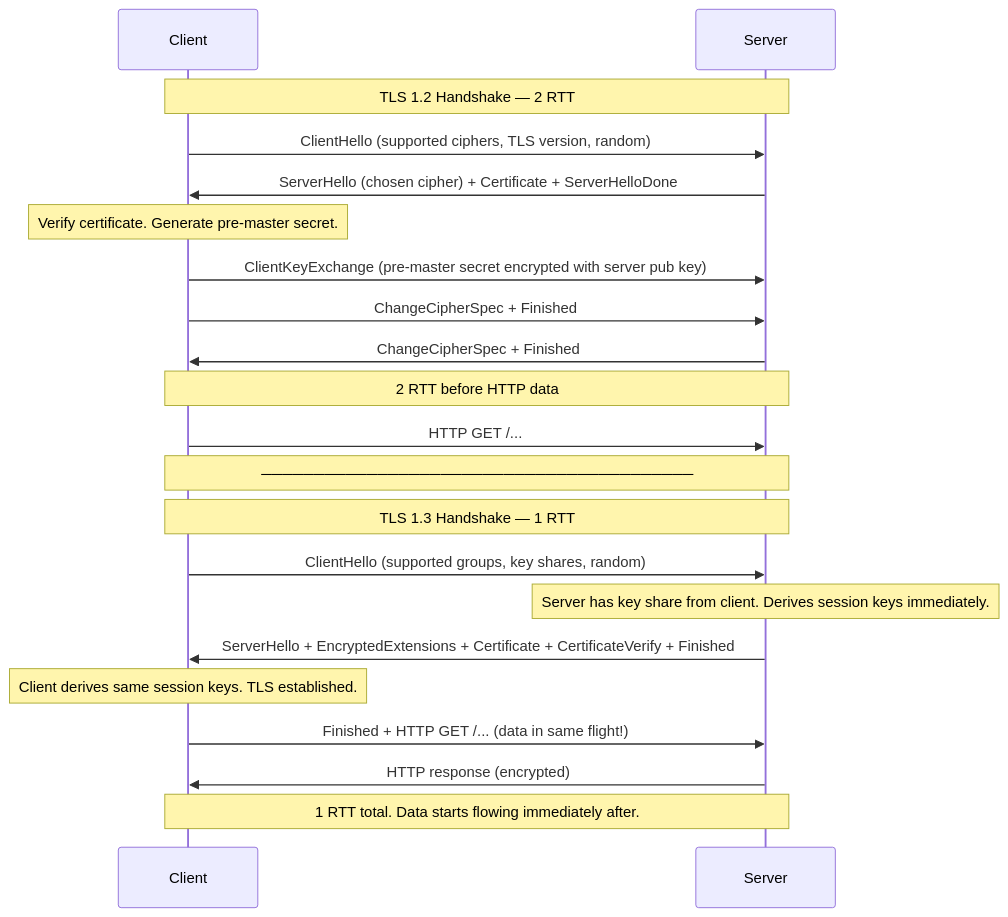
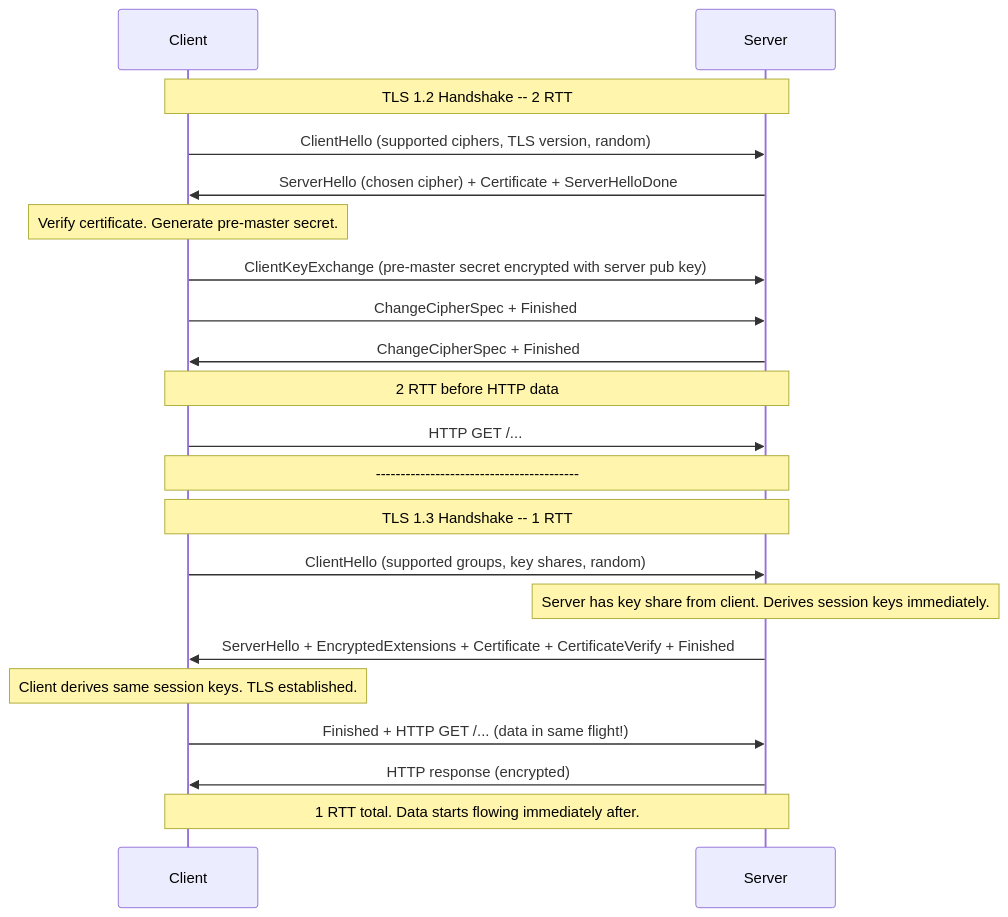
Before and after one commit to ranjeetnegi/System-Design-for-Staff-SWE: the ninth of 13 diagrams in Section0/Chapter_4_Networking_Foundations.md, drawn with Mermaid. The commit also changed other lines of this file and 11 other files, not shown here.

````diff
--- a/Section0/Chapter_4_Networking_Foundations.md
+++ b/Section0/Chapter_4_Networking_Foundations.md
@@ -796,26 +796,26 @@
 ```mermaid
 sequenceDiagram
     participant C as Client
     participant S as Server
     
-    Note over C,S: TLS 1.2 Handshake — 2 RTT
+    Note over C,S: TLS 1.2 Handshake -- 2 RTT
     C->>S: ClientHello (supported ciphers, TLS version, random)
     S->>C: ServerHello (chosen cipher) + Certificate + ServerHelloDone
     Note over C: Verify certificate. Generate pre-master secret.
     C->>S: ClientKeyExchange (pre-master secret encrypted with server pub key)
     C->>S: ChangeCipherSpec + Finished
     S->>C: ChangeCipherSpec + Finished
     Note over C,S: 2 RTT before HTTP data
     C->>S: HTTP GET /...
     
-    Note over C,S: ─────────────────────────────────────────
+    Note over C,S: -----------------------------------------
     
-    Note over C,S: TLS 1.3 Handshake — 1 RTT
+    Note over C,S: TLS 1.3 Handshake -- 1 RTT
     C->>S: ClientHello (supported groups, key shares, random)
     Note over S: Server has key share from client. Derives session keys immediately.
     S->>C: ServerHello + EncryptedExtensions + Certificate + CertificateVerify + Finished
     Note over C: Client derives same session keys. TLS established.
     C->>S: Finished + HTTP GET /... (data in same flight!)
     S->>C: HTTP response (encrypted)
     Note over C,S: 1 RTT total. Data starts flowing immediately after.
 ```
````
